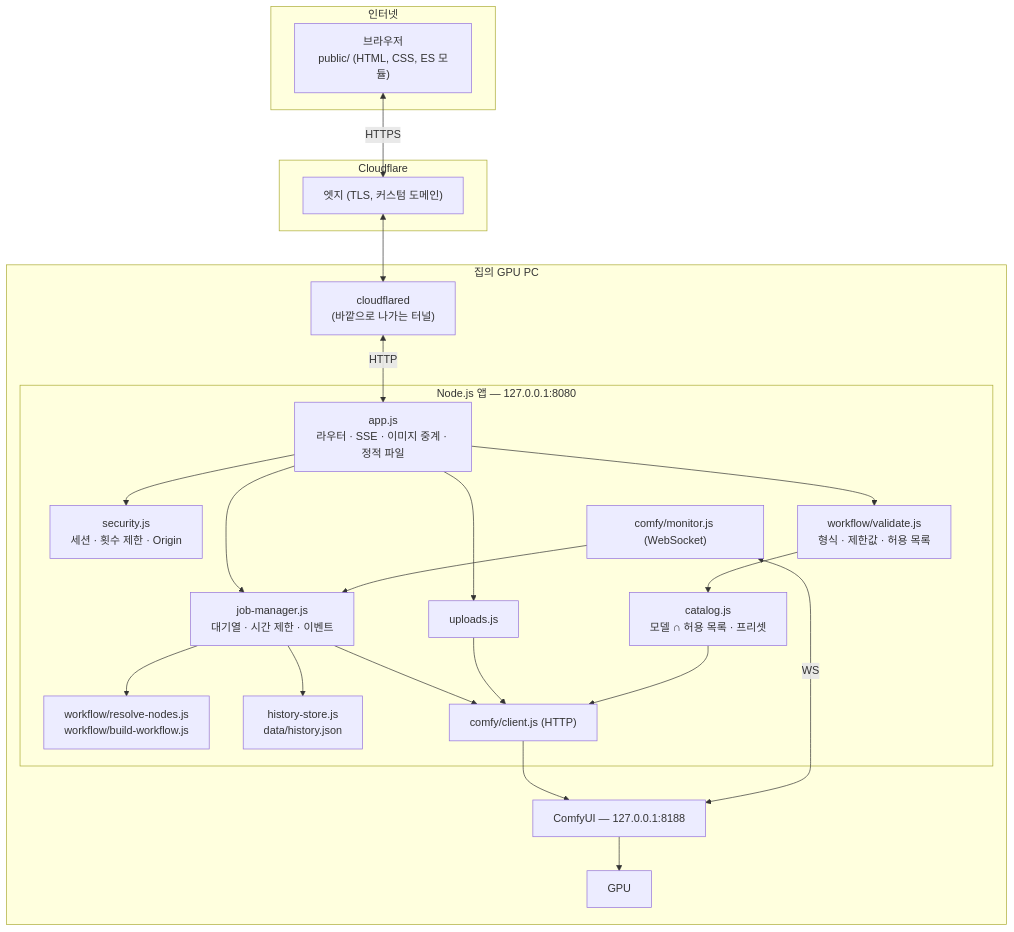
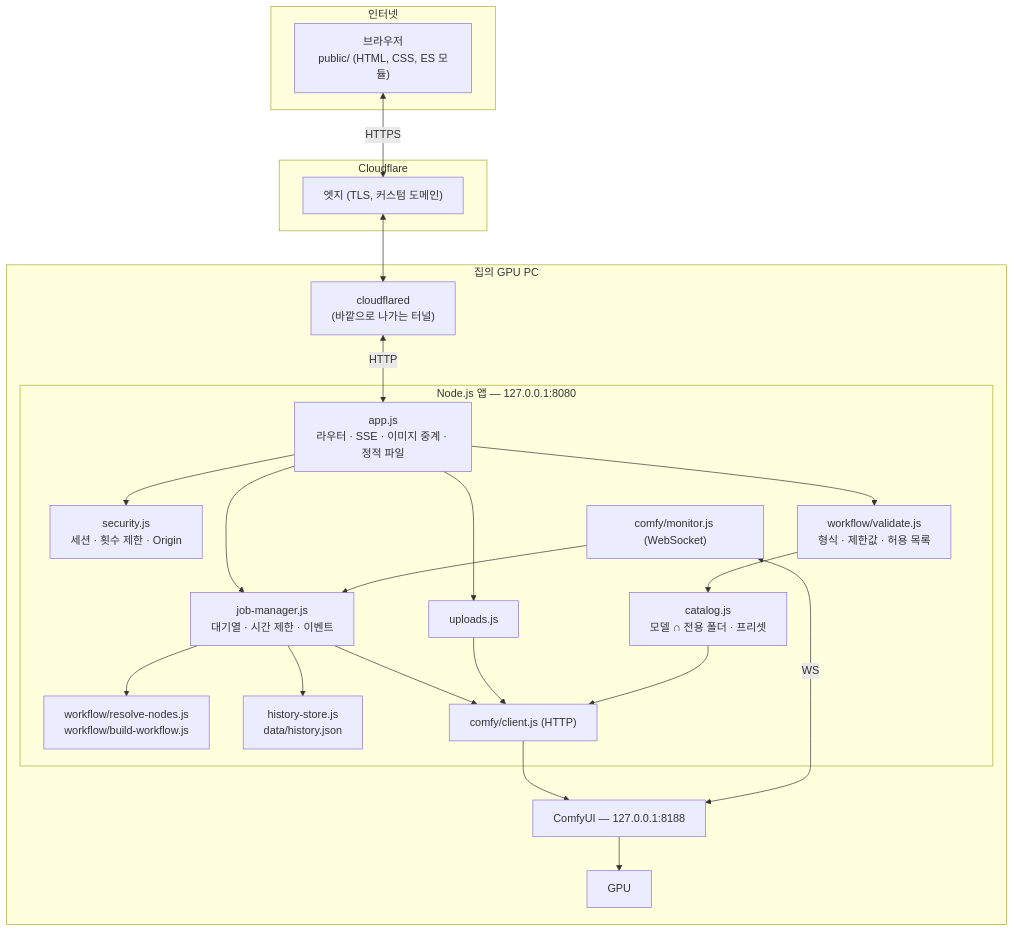
The first of 3 diagrams in docs/architecture.md (Bong0524/comfyui-mobile-studio), drawn with Mermaid before and after one commit. The commit also changed other lines of this file and 13 other files, not shown here.

````diff
--- a/docs/architecture.md
+++ b/docs/architecture.md
@@ -9,38 +9,38 @@
 ```mermaid
 flowchart TB
     subgraph Internet["인터넷"]
         B["브라우저<br/>public/ (HTML, CSS, ES 모듈)"]
     end
     subgraph Cloudflare
         E["엣지 (TLS, 커스텀 도메인)"]
     end
     subgraph Host["집의 GPU PC"]
         T["cloudflared<br/>(바깥으로 나가는 터널)"]
         subgraph App["Node.js 앱 — 127.0.0.1:8080"]
             R["app.js<br/>라우터 · SSE · 이미지 중계 · 정적 파일"]
             S["security.js<br/>세션 · 횟수 제한 · Origin"]
             V["workflow/validate.js<br/>형식 · 제한값 · 허용 목록"]
             W["workflow/resolve-nodes.js<br/>workflow/build-workflow.js"]
             J["job-manager.js<br/>대기열 · 시간 제한 · 이벤트"]
-            K["catalog.js<br/>모델 ∩ 허용 목록 · 프리셋"]
+            K["catalog.js<br/>모델 ∩ 전용 폴더 · 프리셋"]
             H["history-store.js<br/>data/history.json"]
             UP["uploads.js"]
             CC["comfy/client.js (HTTP)"]
             CM["comfy/monitor.js (WebSocket)"]
         end
         C["ComfyUI — 127.0.0.1:8188"]
         G["GPU"]
     end
 
     B <-->|HTTPS| E <--> T <-->|HTTP| R
     R --> S
     R --> V --> K
     R --> J --> W
     J --> CC --> C
     CM <-->|WS| C
     CM --> J
     J --> H
     R --> UP --> CC
     K --> CC
     C --> G
 ```
````
